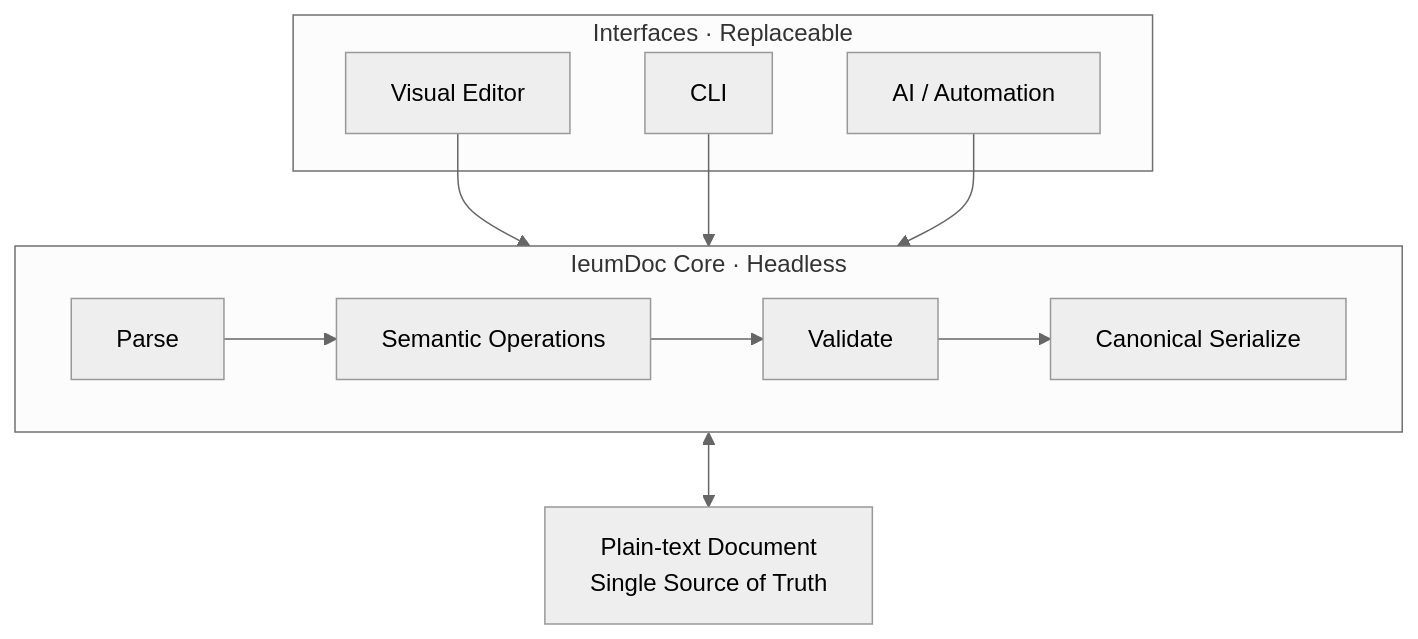
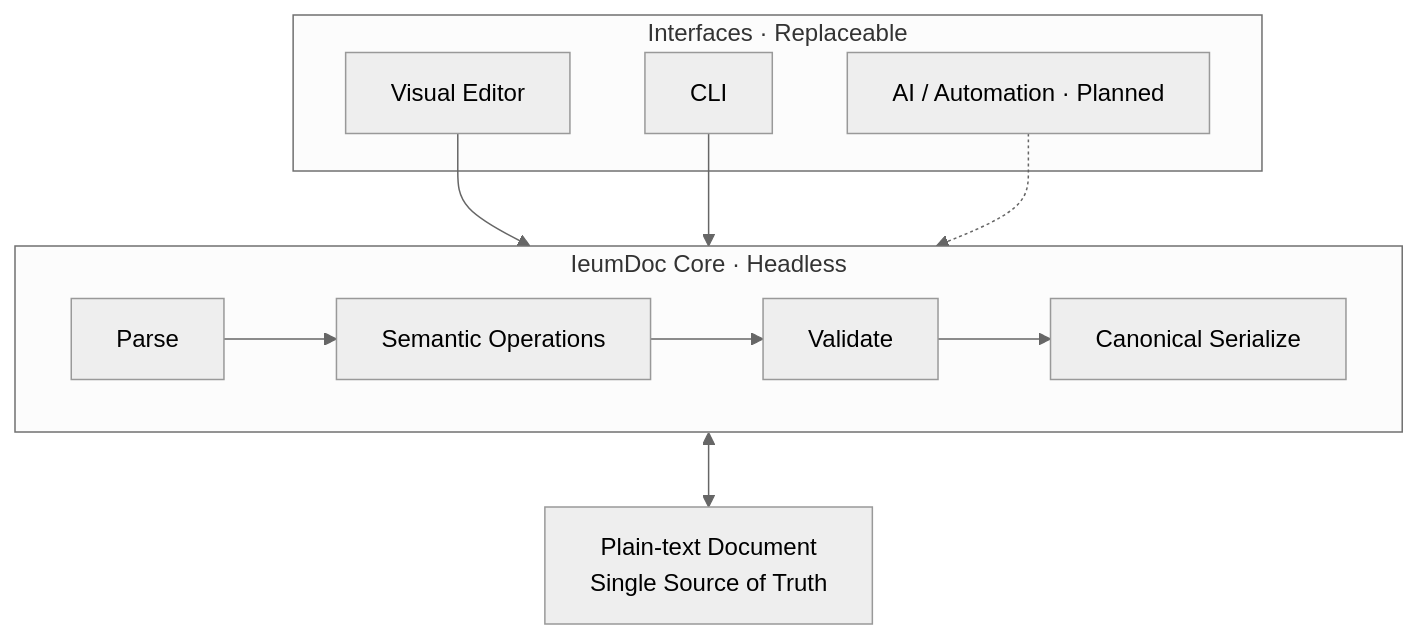
Before and after one commit to ieumbird/ieumdoc: the diagram in README.md, drawn with Mermaid (neutral theme). The commit also changed other lines of this file and 37 other files, not shown here.

````diff
--- a/README.md
+++ b/README.md
@@ -23,27 +40,27 @@
 ```mermaid
 flowchart TB
     subgraph Interfaces["Interfaces · Replaceable"]
         Editor["Visual Editor"]
         CLI["CLI"]
-        AI["AI / Automation"]
+        AI["AI / Automation · Planned"]
     end
 
     subgraph Core["IeumDoc Core · Headless"]
         Parse["Parse"]
         Ops["Semantic Operations"]
         Validate["Validate"]
         Serialize["Canonical Serialize"]
     end
 
     Document["Plain-text Document<br/>Single Source of Truth"]
 
     Editor --> Core
     CLI --> Core
-    AI --> Core
+    AI -.-> Core
 
     Parse --> Ops
     Ops --> Validate
     Validate --> Serialize
 
     Core <--> Document
 ```
````
